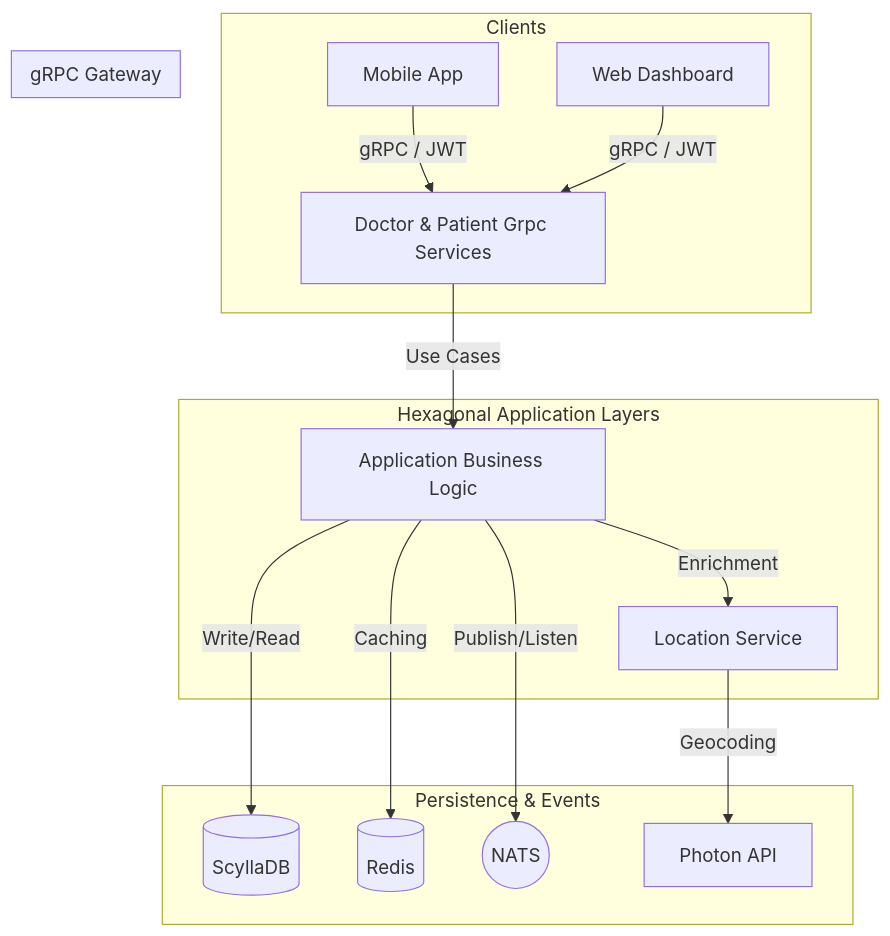
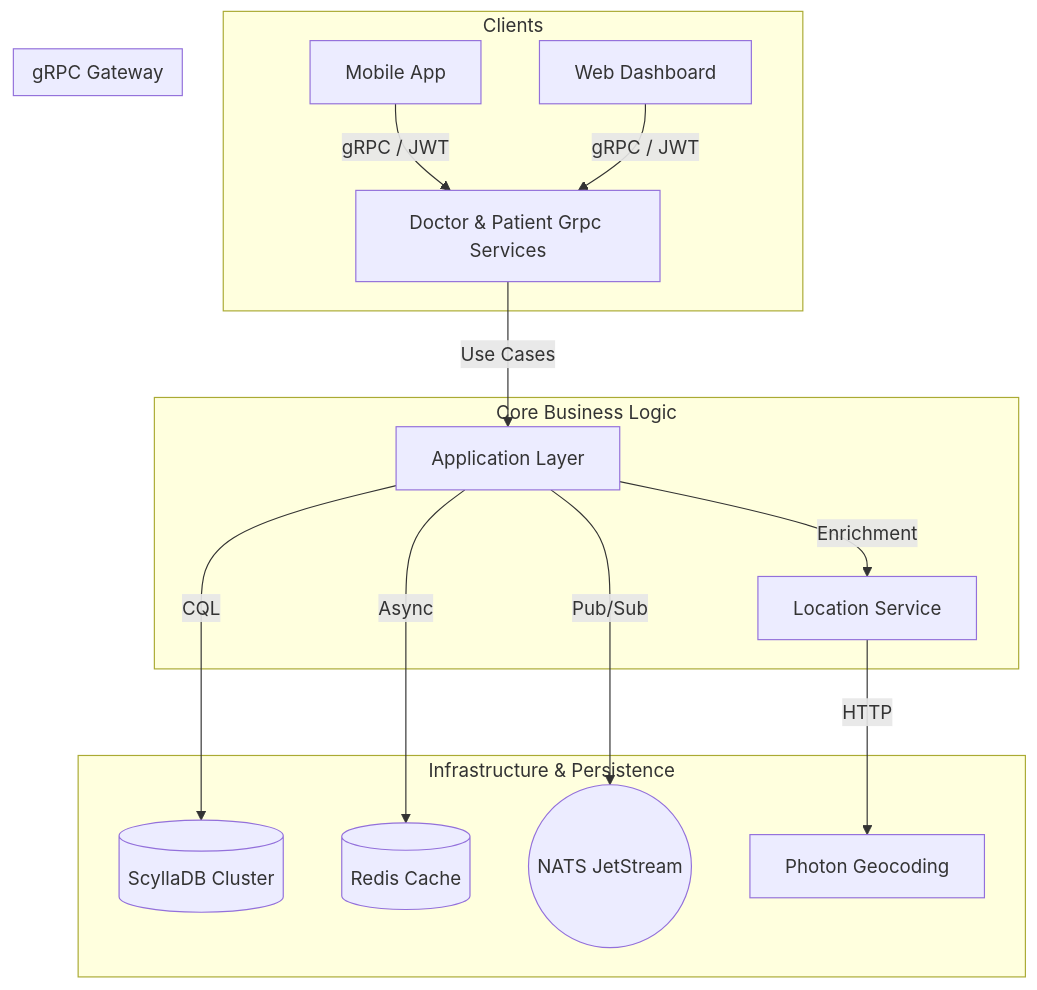
One commit to nt4c1/Project changed the diagram in README.md. Above: the diagram before and after it, drawn with Mermaid. The commit also changed other lines of this file and 24 other files, not shown here.

Commit message:
Prepared Statements + Redis Cache for schedule +Query Optimization

````diff
--- a/README.md
+++ b/README.md
@@ -7,23 +16,23 @@
 ```mermaid
 graph TD
     subgraph "Clients"
         A[Mobile App] --> |gRPC / JWT| G
         B[Web Dashboard] --> |gRPC / JWT| G
     end
 
     subgraph "gRPC Gateway"
         G[Doctor & Patient Grpc Services]
     end
 
-    subgraph "Hexagonal Application Layers"
-        G --> |Use Cases| UC[Application Business Logic]
+    subgraph "Core Business Logic"
+        G --> |Use Cases| UC[Application Layer]
         UC --> |Enrichment| LS[Location Service]
     end
 
-    subgraph "Persistence & Events"
-        UC --> |Write/Read| DB[(ScyllaDB)]
-        UC --> |Caching| RD[(Redis)]
-        UC --> |Publish/Listen| NT((NATS))
-        LS --> |Geocoding| PH[Photon API]
+    subgraph "Infrastructure & Persistence"
+        UC --> |CQL| DB[(ScyllaDB Cluster)]
+        UC --> |Async| RD[(Redis Cache)]
+        UC --> |Pub/Sub| NT((NATS JetStream))
+        LS --> |HTTP| PH[Photon Geocoding]
     end
 ```
````
